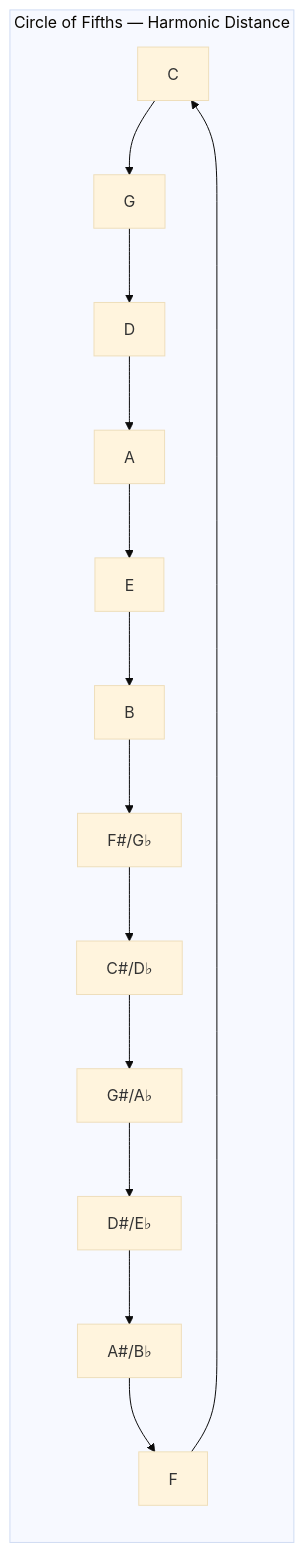
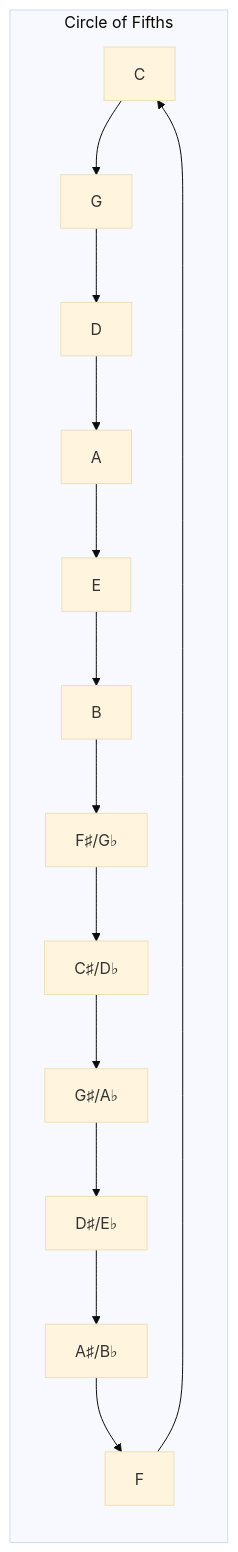
The third of 3 diagrams in topics/arts/composition/music_theory/lesson_03_chord_progressions.md (blebleblee/synapse), drawn with Mermaid (base theme) before and after one commit. The commit also changed other lines of this file and 4 other files, not shown here.

````diff
--- a/topics/arts/composition/music_theory/lesson_03_chord_progressions.md
+++ b/topics/arts/composition/music_theory/lesson_03_chord_progressions.md
@@ -350,8 +324,8 @@
 ```mermaid
 graph LR
-    subgraph sub_circle_of_fifths___harmonic_dist ["Circle of Fifths — Harmonic Distance"]
+    subgraph sub_circle_of_fifths ["Circle of Fifths"]
         C --> G --> D --> A --> E --> B
-        B --> Fs["F#/G♭"] --> Cs["C#/D♭"] --> Gs["G#/A♭"] --> Ds["D#/E♭"] --> As["A#/B♭"]
+        B --> Fs["F♯/G♭"] --> Cs["C♯/D♭"] --> Gs["G♯/A♭"] --> Ds["D♯/E♭"] --> As["A♯/B♭"]
         As --> F --> C
     end
 ```
````
